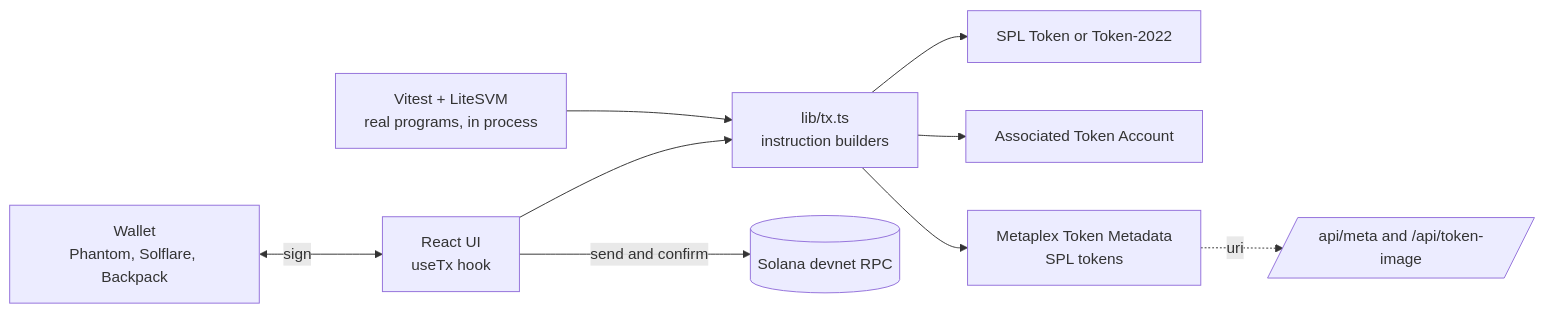
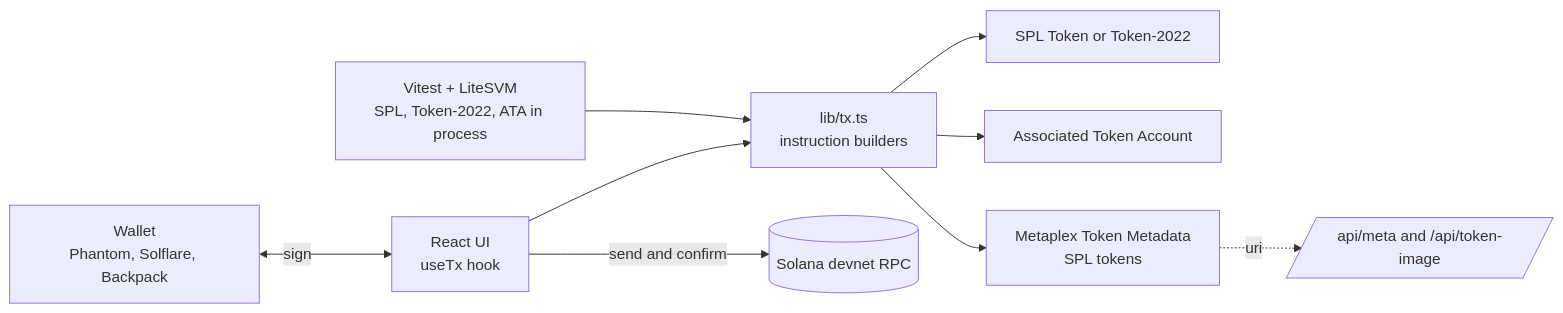
One commit to Waleed-Ilyas/tokenforge changed the diagram in README.md. Above: the diagram before and after it, drawn with Mermaid. The commit also changed other lines of this file and 5 other files, not shown here.

First line of the commit message:
test: keep the LiteSVM checks that run and cover Metaplex structurally

````diff
--- a/README.md
+++ b/README.md
@@ -45,11 +45,11 @@
 ```mermaid
 flowchart LR
   W[Wallet<br/>Phantom, Solflare, Backpack] <-->|sign| UI[React UI<br/>useTx hook]
   UI --> B[lib/tx.ts<br/>instruction builders]
   B --> SPL[SPL Token or Token-2022]
   B --> ATA[Associated Token Account]
   B --> MPL[Metaplex Token Metadata<br/>SPL tokens]
   UI -->|send and confirm| RPC[(Solana devnet RPC)]
   MPL -. uri .-> API[/api/meta and /api/token-image/]
-  T[Vitest + LiteSVM<br/>real programs, in process] --> B
+  T[Vitest + LiteSVM<br/>SPL, Token-2022, ATA in process] --> B
 ```
````
